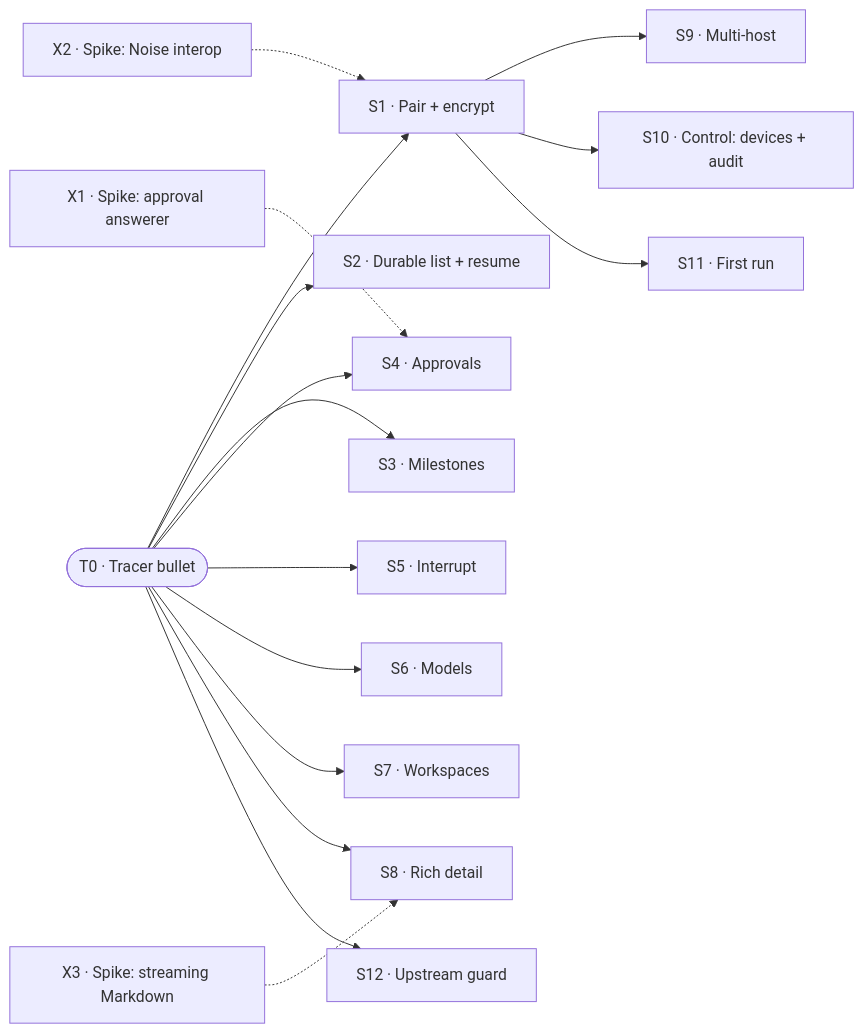
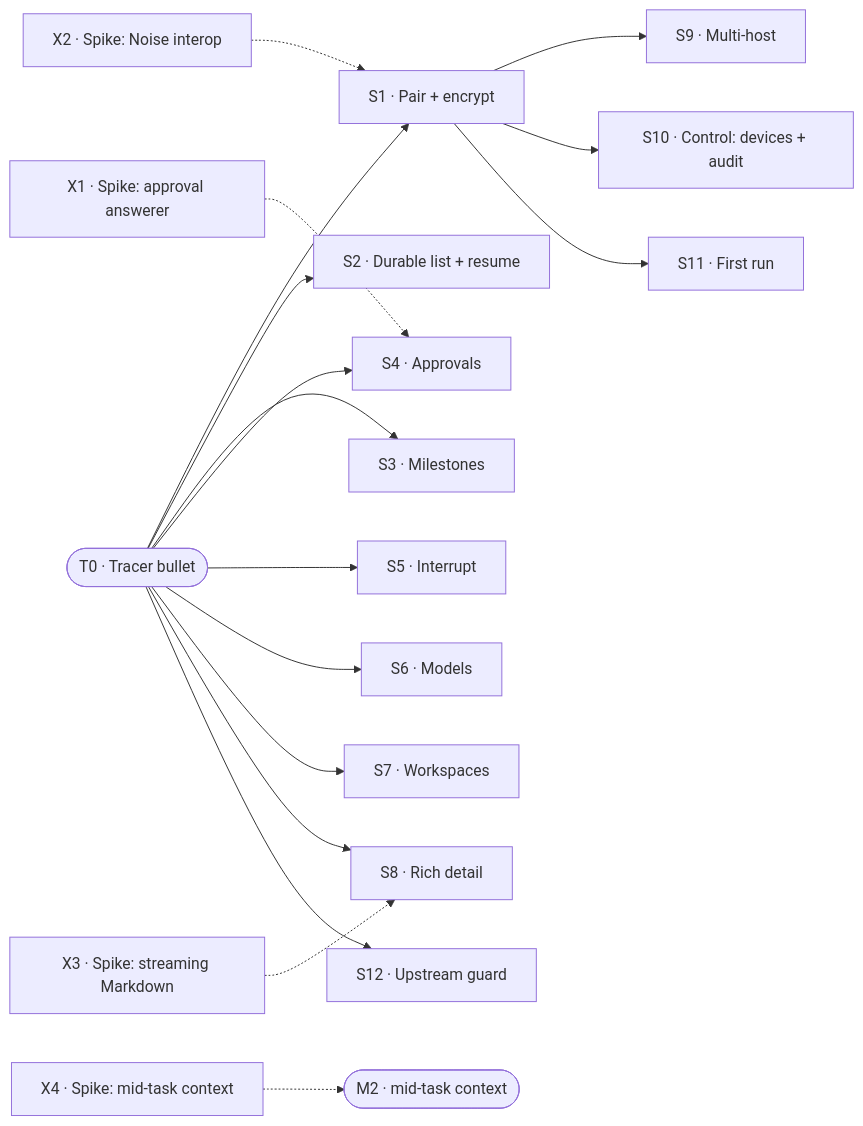
Before and after one commit to laichang/dsh-mobile: the diagram in PLAN.md, drawn with Mermaid. The commit also changed other lines of this file and 1 other file, not shown here.

Commit message:
ARCHITECTURE/PLAN: mid-task context as open risk 8.6, spike X4, M2 candidate

````diff
--- a/PLAN.md
+++ b/PLAN.md
@@ -92,26 +93,28 @@
 ```mermaid
 flowchart LR
     T0([T0 · Tracer bullet])
 
     X1[X1 · Spike: approval answerer]
     X2[X2 · Spike: Noise interop]
     X3[X3 · Spike: streaming Markdown]
+    X4[X4 · Spike: mid-task context]
 
     T0 --> S1[S1 · Pair + encrypt]
     T0 --> S2[S2 · Durable list + resume]
     T0 --> S3[S3 · Milestones]
     T0 --> S4[S4 · Approvals]
     T0 --> S5[S5 · Interrupt]
     T0 --> S6[S6 · Models]
     T0 --> S7[S7 · Workspaces]
     T0 --> S8[S8 · Rich detail]
     T0 --> S12[S12 · Upstream guard]
 
     X2 -.-> S1
     X1 -.-> S4
     X3 -.-> S8
+    X4 -.-> M2([M2 · mid-task context])
 
     S1 --> S9[S9 · Multi-host]
     S1 --> S10[S10 · Control: devices + audit]
     S1 --> S11[S11 · First run]
 ```
````
